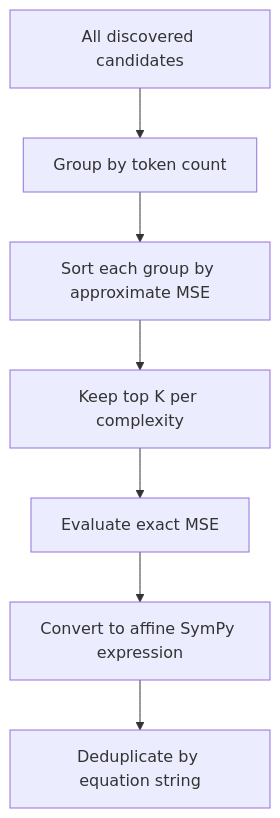
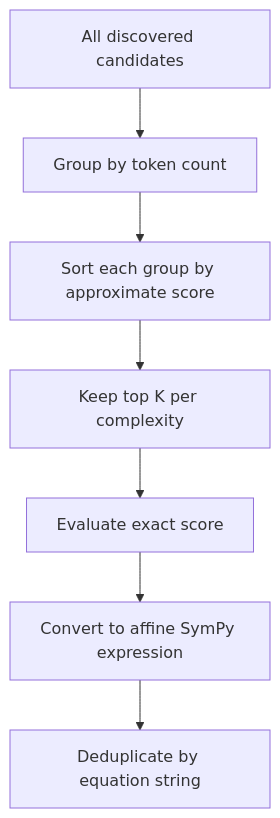
One commit to kpapmath/nsr-engine changed the seventh of 10 diagrams in docs/methodology.md. Above: the diagram before and after it, drawn with Mermaid. The commit also changed other lines of this file and 6 other files, not shown here.

````diff
--- a/docs/methodology.md
+++ b/docs/methodology.md
@@ -216,9 +225,9 @@
 ```mermaid
 flowchart TD
     A[All discovered candidates] --> B[Group by token count]
-    B --> C[Sort each group by approximate MSE]
+    B --> C[Sort each group by approximate score]
     C --> D[Keep top K per complexity]
-    D --> E[Evaluate exact MSE]
+    D --> E[Evaluate exact score]
     E --> F[Convert to affine SymPy expression]
     F --> G[Deduplicate by equation string]
 ```
````
